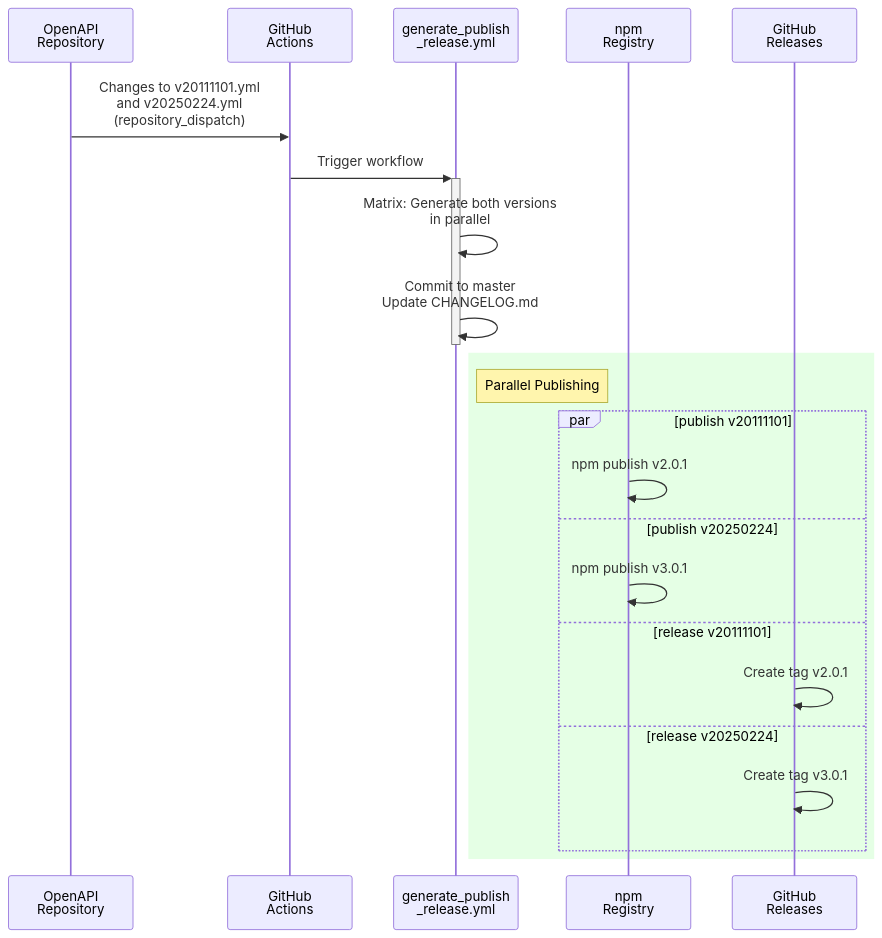
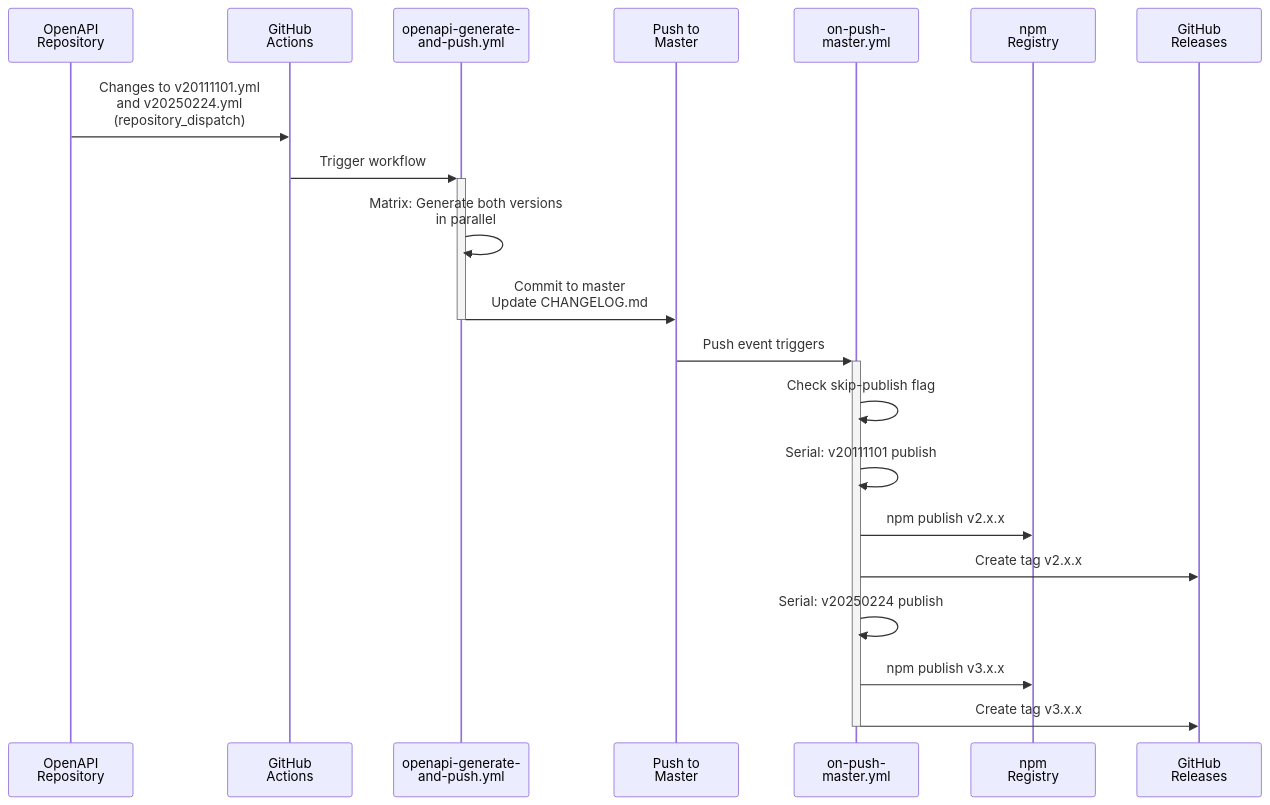
The first of 2 diagrams in docs/Multi-Version-SDK-Flow.md (mxenabled/mx-platform-node), drawn with Mermaid before and after one commit. The commit also changed other lines of this file and 25 other files, not shown here.

````diff
--- a/docs/Multi-Version-SDK-Flow.md
+++ b/docs/Multi-Version-SDK-Flow.md
@@ -67,27 +70,26 @@
 ```mermaid
 sequenceDiagram
     participant OpenAPI as OpenAPI<br/>Repository
     participant GH as GitHub<br/>Actions
-    participant Gen as generate_publish<br/>_release.yml
+    participant Gen as openapi-generate-<br/>and-push.yml
+    participant Push as Push to<br/>Master
+    participant OnPush as on-push-<br/>master.yml
     participant npm as npm<br/>Registry
     participant GHRel as GitHub<br/>Releases
 
     OpenAPI->>GH: Changes to v20111101.yml<br/>and v20250224.yml<br/>(repository_dispatch)
     GH->>+Gen: Trigger workflow
     Gen->>Gen: Matrix: Generate both versions<br/>in parallel
-    Gen->>Gen: Commit to master<br/>Update CHANGELOG.md
+    Gen->>Push: Commit to master<br/>Update CHANGELOG.md
     deactivate Gen
 
-    rect rgba(0, 255, 0, .1)
-        note right of Gen: Parallel Publishing
-        par publish v20111101
-            npm->>npm: npm publish v2.0.1
-        and publish v20250224
-            npm->>npm: npm publish v3.0.1
-        and release v20111101
-            GHRel->>GHRel: Create tag v2.0.1
-        and release v20250224
-            GHRel->>GHRel: Create tag v3.0.1
-        end
-    end
+    Push->>+OnPush: Push event triggers
+    OnPush->>OnPush: Check skip-publish flag
+    OnPush->>OnPush: Serial: v20111101 publish
+    OnPush->>npm: npm publish v2.x.x
+    OnPush->>GHRel: Create tag v2.x.x
+    OnPush->>OnPush: Serial: v20250224 publish
+    OnPush->>npm: npm publish v3.x.x
+    OnPush->>GHRel: Create tag v3.x.x
+    deactivate OnPush
 ```
````
